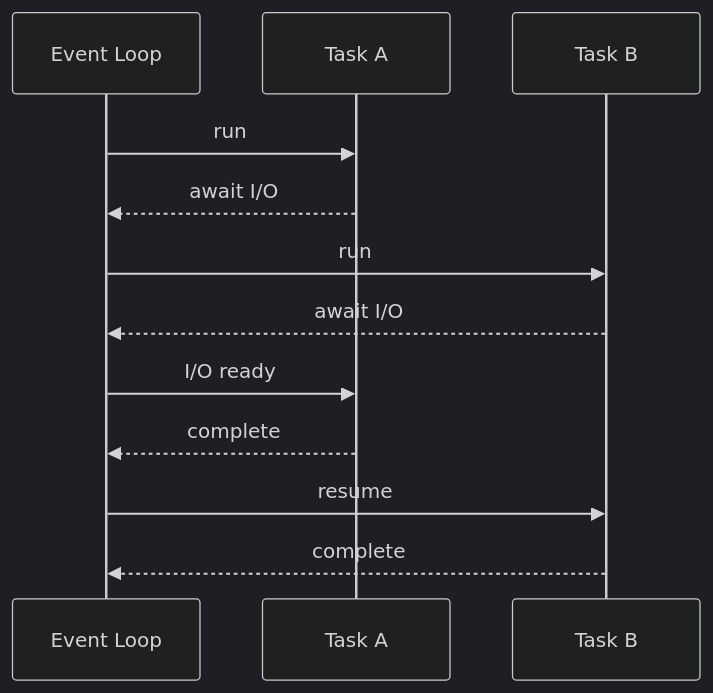
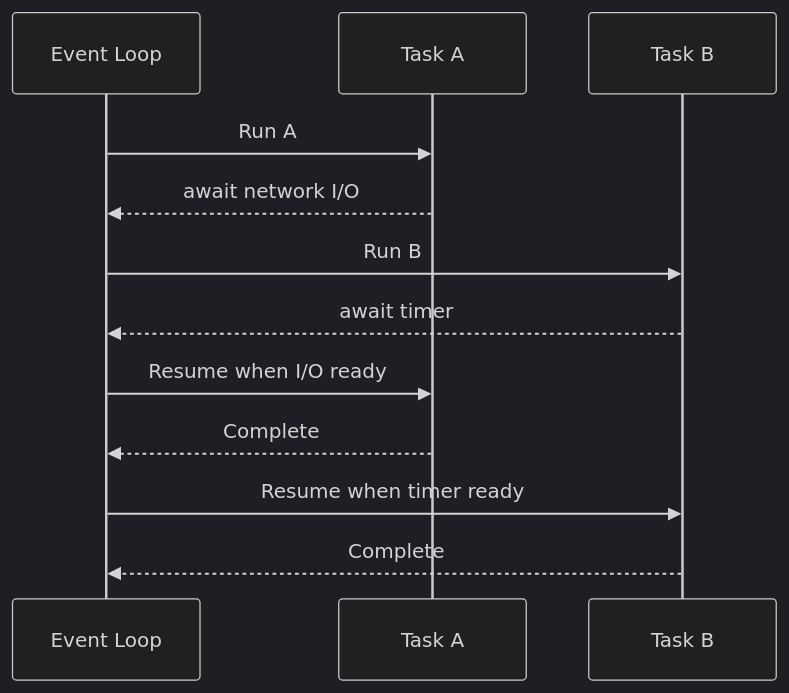
One commit to shomi-khan/preparation changed the third of 7 diagrams in day1/06-asyncio-concurrency/README.md. Above: the diagram before and after it, drawn with Mermaid (dark theme). The commit also changed other lines of this file, not shown here.

````diff
--- a/day1/06-asyncio-concurrency/README.md
+++ b/day1/06-asyncio-concurrency/README.md
@@ -142,14 +78,14 @@
-```mermaid
+~~~mermaid
 sequenceDiagram
- participant L as Event Loop
- participant A as Task A
- participant B as Task B
- L->>A: run
- A-->>L: await I/O
- L->>B: run
- B-->>L: await I/O
- L->>A: I/O ready
- A-->>L: complete
- L->>B: resume
- B-->>L: complete
-```
+    participant L as Event Loop
+    participant A as Task A
+    participant B as Task B
+    L->>A: Run A
+    A-->>L: await network I/O
+    L->>B: Run B
+    B-->>L: await timer
+    L->>A: Resume when I/O ready
+    A-->>L: Complete
+    L->>B: Resume when timer ready
+    B-->>L: Complete
+~~~
````
